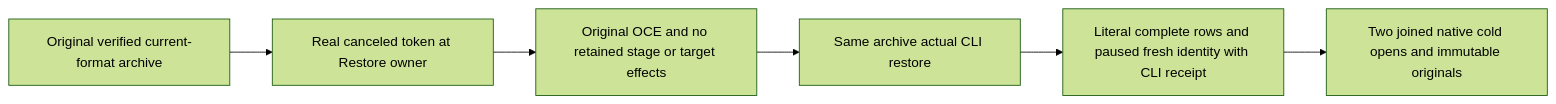
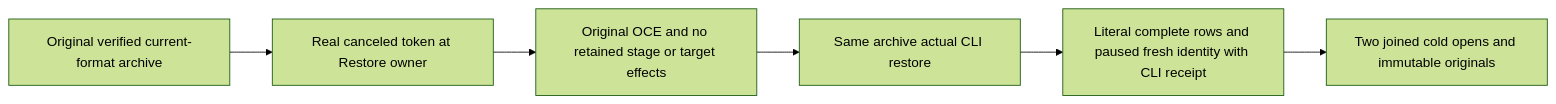
The diagram in docs/Features/BackupRestore/VerifiedArchiveCancellation.md (managedcode/KeyLoad), drawn with Mermaid (forest theme) before and after one commit. The commit also changed other lines of this file and 9016 other files, not shown here.

````diff
--- a/docs/Features/BackupRestore/VerifiedArchiveCancellation.md
+++ b/docs/Features/BackupRestore/VerifiedArchiveCancellation.md
@@ -7,8 +7,8 @@
 ```mermaid
 flowchart LR
     A[Original verified current-format archive] --> B[Real canceled token at Restore owner]
     B --> C[Original OCE and no retained stage or target effects]
     C --> D[Same archive actual CLI restore]
     D --> E[Literal complete rows and paused fresh identity with CLI receipt]
-    E --> F[Two joined native cold opens and immutable originals]
+    E --> F[Two joined cold opens and immutable originals]
 ```
````
